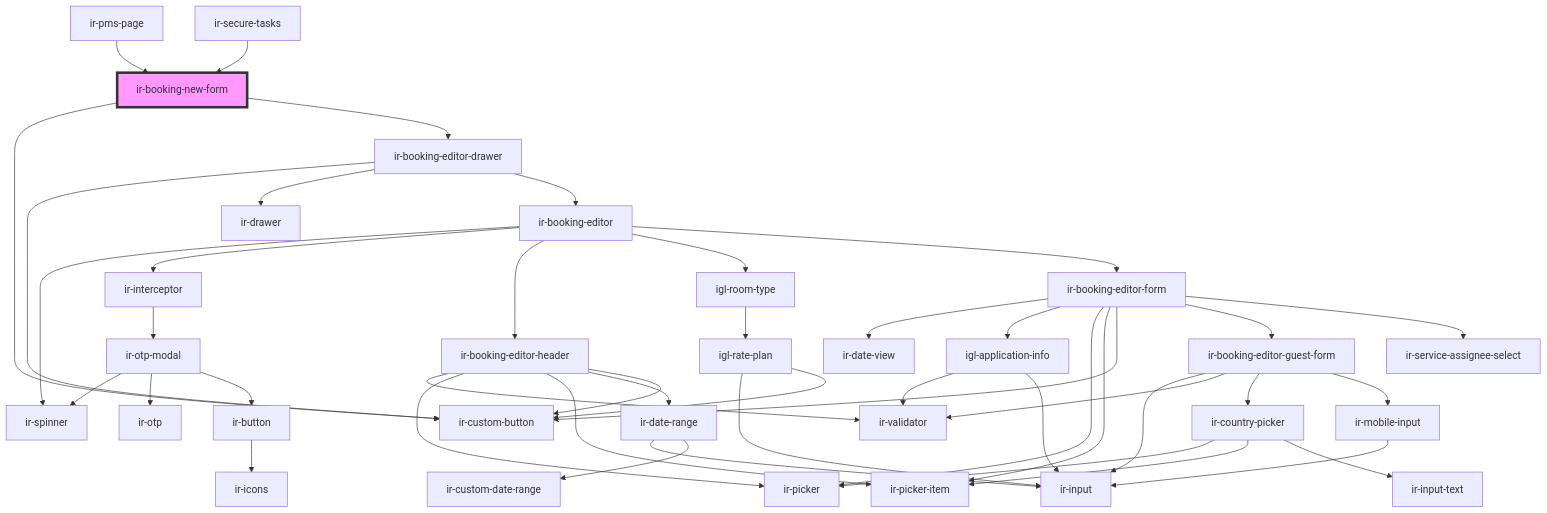
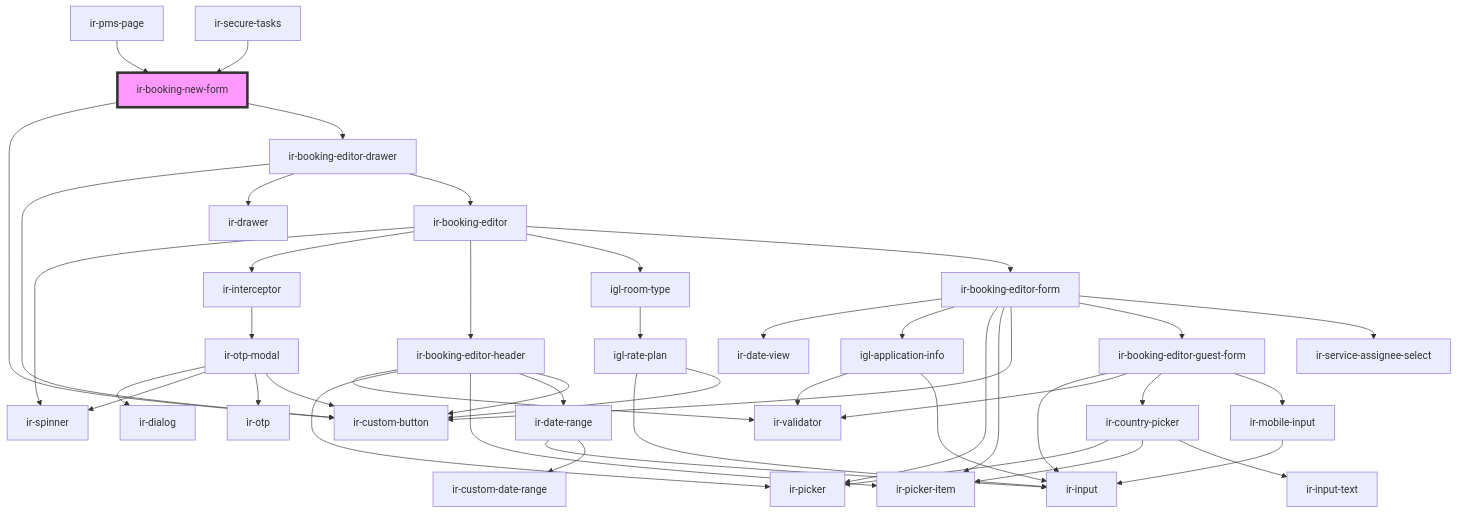
One commit to RonyRizk/ir-webcmp changed the diagram in src/components/ir-booking-new-form/readme.md. Above: the diagram before and after it, drawn with Mermaid. The commit also changed 51 other files, not shown here.

````diff
--- a/src/components/ir-booking-new-form/readme.md
+++ b/src/components/ir-booking-new-form/readme.md
@@ -30,48 +30,48 @@
 ```mermaid
 graph TD;
   ir-booking-new-form --> ir-custom-button
   ir-booking-new-form --> ir-booking-editor-drawer
   ir-booking-editor-drawer --> ir-custom-button
   ir-booking-editor-drawer --> ir-drawer
   ir-booking-editor-drawer --> ir-booking-editor
   ir-booking-editor --> ir-spinner
   ir-booking-editor --> ir-interceptor
   ir-booking-editor --> ir-booking-editor-header
   ir-booking-editor --> igl-room-type
   ir-booking-editor --> ir-booking-editor-form
   ir-interceptor --> ir-otp-modal
+  ir-otp-modal --> ir-dialog
   ir-otp-modal --> ir-spinner
   ir-otp-modal --> ir-otp
-  ir-otp-modal --> ir-button
-  ir-button --> ir-icons
+  ir-otp-modal --> ir-custom-button
   ir-booking-editor-header --> ir-validator
   ir-booking-editor-header --> ir-picker
   ir-booking-editor-header --> ir-picker-item
   ir-booking-editor-header --> ir-date-range
   ir-booking-editor-header --> ir-custom-button
   ir-date-range --> ir-input
   ir-date-range --> ir-custom-date-range
   igl-room-type --> igl-rate-plan
   igl-rate-plan --> ir-input
   igl-rate-plan --> ir-custom-button
   ir-booking-editor-form --> ir-date-view
   ir-booking-editor-form --> igl-application-info
   ir-booking-editor-form --> ir-picker
   ir-booking-editor-form --> ir-picker-item
   ir-booking-editor-form --> ir-custom-button
   ir-booking-editor-form --> ir-booking-editor-guest-form
   ir-booking-editor-form --> ir-service-assignee-select
   igl-application-info --> ir-validator
   igl-application-info --> ir-input
   ir-booking-editor-guest-form --> ir-input
   ir-booking-editor-guest-form --> ir-validator
   ir-booking-editor-guest-form --> ir-country-picker
   ir-booking-editor-guest-form --> ir-mobile-input
   ir-country-picker --> ir-picker
   ir-country-picker --> ir-picker-item
   ir-country-picker --> ir-input-text
   ir-mobile-input --> ir-input
   ir-pms-page --> ir-booking-new-form
   ir-secure-tasks --> ir-booking-new-form
   style ir-booking-new-form fill:#f9f,stroke:#333,stroke-width:4px
 ```
````
